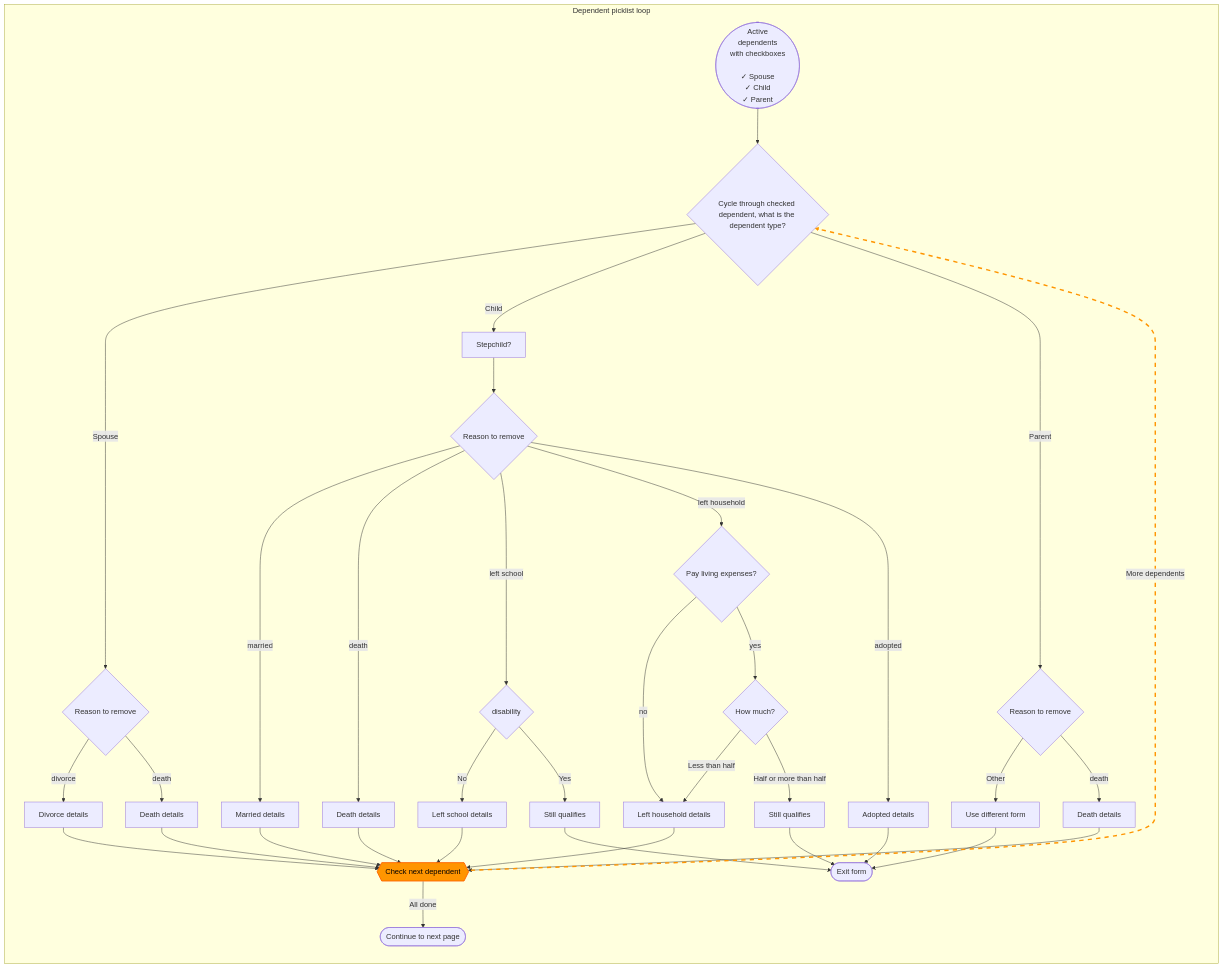
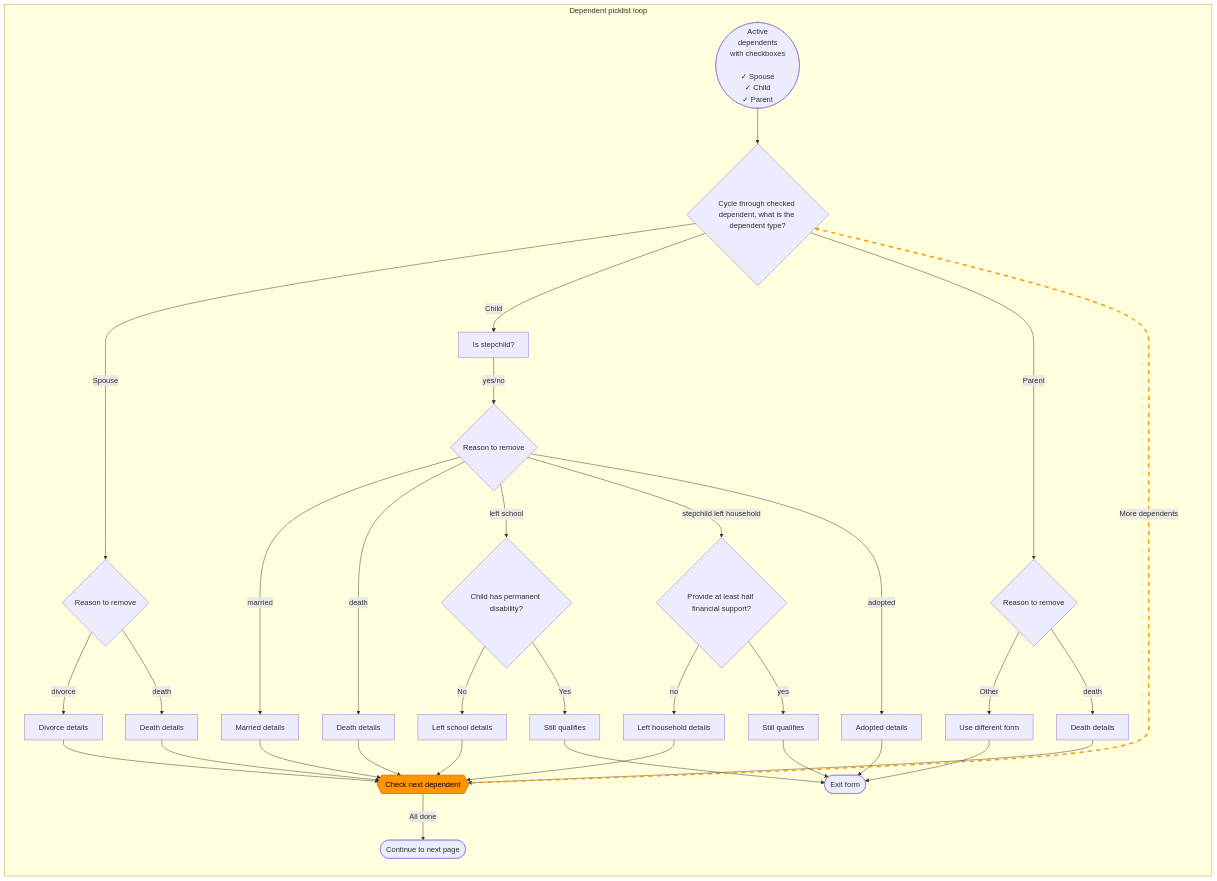
Before and after one commit to department-of-veterans-affairs/va.gov-team: the diagram in products/dependents/picklist/flow.md, drawn with Mermaid.

Commit message:
Refine child removal logic in flow documentation
Remove stepchild living expenses question

````diff
--- a/products/dependents/picklist/flow.md
+++ b/products/dependents/picklist/flow.md
@@ -3,53 +3,51 @@
 ```mermaid
 flowchart TD
   Start([Active<br>dependents<br>with checkboxes<br><br>✓ Spouse<br>✓ Child<br>✓ Parent])
 
   subgraph DepLoop[Dependent picklist loop]
     direction TB
     DepType{Cycle through checked dependent, what is the dependent type?}
     Start --> DepType
     DepType -- "Spouse" --> SpouseReasonToRemove{Reason to remove}
     SpouseReasonToRemove -- "divorce" --> SpouseDetails[Divorce details]
     SpouseDetails --> NextDep
     SpouseReasonToRemove -- "death" --> SpouseDeathDetails[Death details]
     SpouseDeathDetails --> NextDep
 
-    DepType -- "Child" --> ChildIsStepchild[Stepchild?]
-    ChildIsStepchild --> ChildReasonToRemove{Reason to remove}
+    DepType -- "Child" --> ChildIsStepchild[Is stepchild?]
+    ChildIsStepchild -- yes/no --> ChildReasonToRemove{Reason to remove}
     ChildHasDisability -- "No" --> ChildLeftSchoolDetails[Left school details]
     ChildLeftSchoolDetails --> NextDep
     ChildReasonToRemove -- "married" --> ChildMarriedDetails[Married details]
     ChildMarriedDetails --> NextDep
     ChildReasonToRemove -- "death" --> ChildDeathDetails[Death details]
     ChildDeathDetails --> NextDep
-    ChildReasonToRemove -- "left school" --> ChildHasDisability{disability}
+    ChildReasonToRemove -- "left school" --> ChildHasDisability{Child has permanent disability?}
     ChildHasDisability -- "Yes" --> ChildStillQualifies[Still qualifies]
     ChildStillQualifies --> exit([Exit form])
-    ChildReasonToRemove -- "left household" --> ChildPayExpenses{Pay living expenses?}
-    ChildPayExpenses -- "no" --> ChildLeftHouseholdDetails[Left household details]
+    ChildReasonToRemove -- "stepchild left household" --> ChildHalfFinancialSupport{Provide at least half financial support?}
+    ChildHalfFinancialSupport -- "no" --> ChildLeftHouseholdDetails[Left household details]
     ChildLeftHouseholdDetails --> NextDep
-    ChildPayExpenses -- "yes" --> ChildFinancialAmount{How much?}
-    ChildFinancialAmount -- "Less than half" --> ChildLeftHouseholdDetails
-    ChildFinancialAmount -- "Half or more than half" --> ChildStillQualifies2[Still qualifies]
+    ChildHalfFinancialSupport -- "yes" --> ChildStillQualifies2[Still qualifies]
     ChildStillQualifies2 --> exit
     ChildReasonToRemove -- "adopted" --> ChildAdoptedDetails[Adopted details]
     ChildAdoptedDetails --> exit
 
     DepType -- "Parent" --> ParentReasonToRemove{Reason to remove}
     ParentReasonToRemove -- "Other" --> ParentExit[Use different form]
     ParentExit --> exit
     ParentReasonToRemove -- "death" --> ParentDeathDetails[Death details]
     ParentDeathDetails --> NextDep
 
     NextDep@{ shape: hex, label: "Check next dependent" }
     NextDep l1@-- "More dependents" --> DepType
     NextDep -- "All done" --> Done([Continue to next page])
   end
 
   classDef animate stroke-dasharray: 9,5,stroke-dashoffset: 1200,animation: dash 25s linear infinite, stroke:#ff9500, stroke-width:3px;
   class l1 animate
 
   %% Styling
   style NextDep fill:#ff9500,stroke:#ff6600,stroke-width:2px,color:#000000
 
 ```
````
